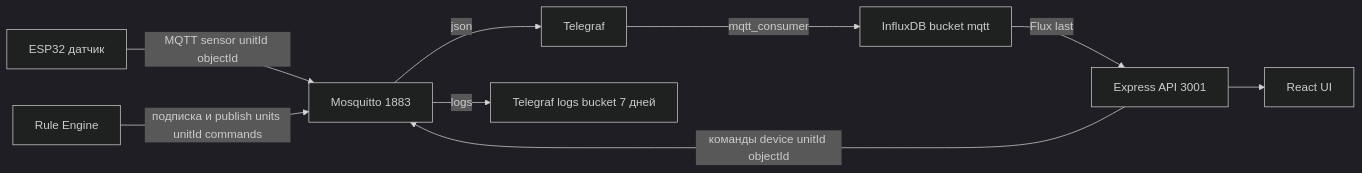
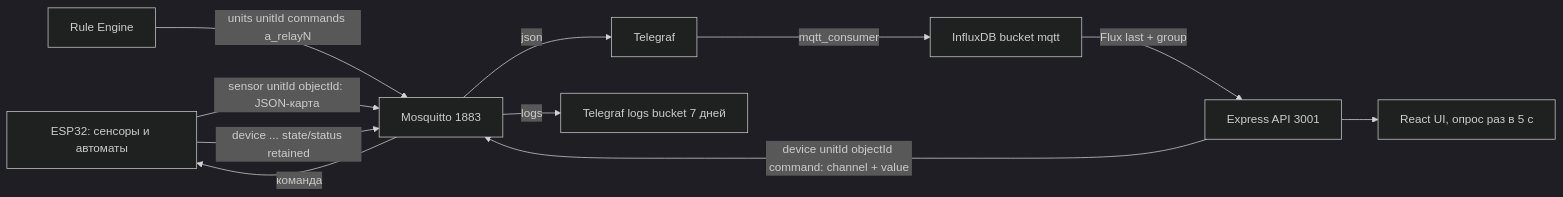
One commit to efnushtaev/saspik-project changed the diagram in PROJECT_CONTEXT.md. Above: the diagram before and after it, drawn with Mermaid (dark theme). The commit also changed other lines of this file and 3 other files, not shown here.

````diff
--- a/PROJECT_CONTEXT.md
+++ b/PROJECT_CONTEXT.md
@@ -97,11 +105,13 @@
 ```mermaid
 flowchart LR
-    A[ESP32 датчик] -->|MQTT sensor unitId objectId| B[Mosquitto 1883]
+    A[ESP32: сенсоры и автоматы] -->|sensor unitId objectId: JSON-карта| B[Mosquitto 1883]
     B -->|json| C[Telegraf]
     C -->|mqtt_consumer| D[InfluxDB bucket mqtt]
-    D -->|Flux last| E[Express API 3001]
-    E --> F[React UI]
-    E -->|команды device unitId objectId| B
-    G[Rule Engine] -->|подписка и publish units unitId commands| B
+    D -->|Flux last + group| E[Express API 3001]
+    E --> F[React UI, опрос раз в 5 с]
+    E -->|device unitId objectId command: channel + value| B
+    B -->|команда| A
+    G[Rule Engine] -->|units unitId commands a_relayN| B
+    A -->|device ... state/status retained| B
     B -->|logs| H[Telegraf logs bucket 7 дней]
 ```
````
